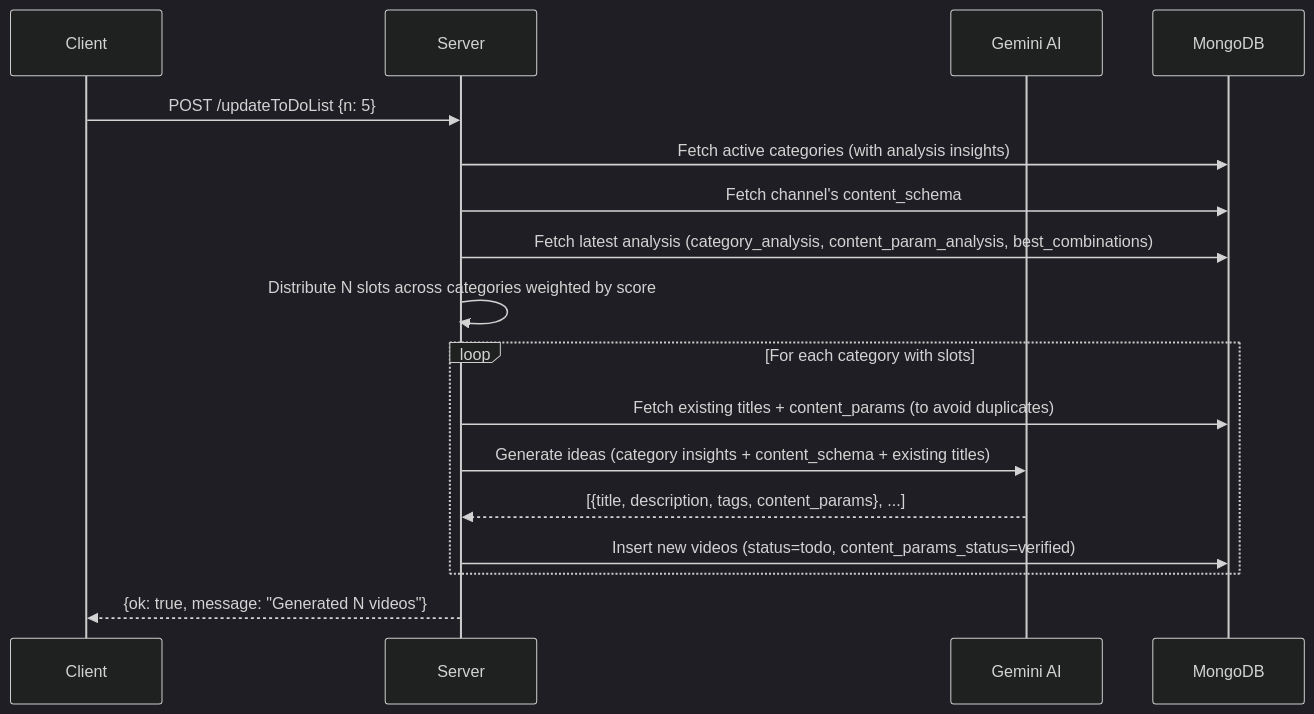
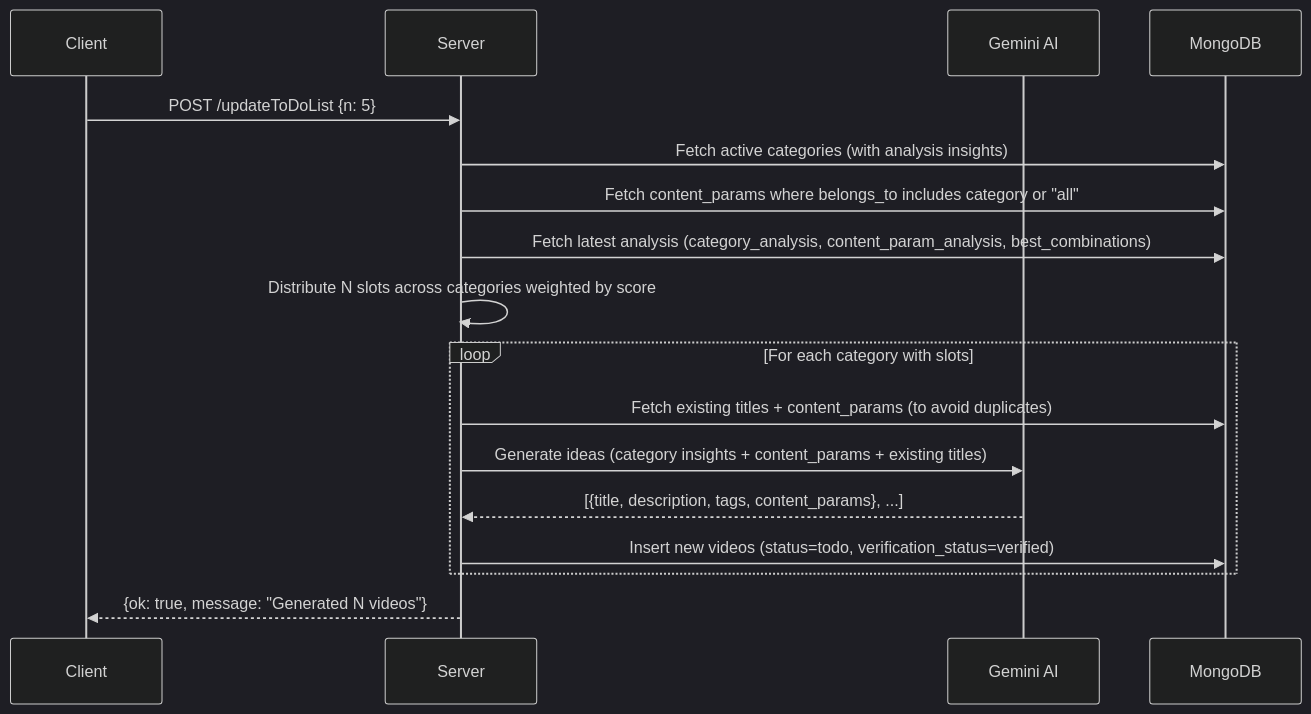
The sixth of 8 diagrams in DOCUMENTATION.md (pratham2908/server-automation), drawn with Mermaid (dark theme) before and after one commit. The commit also changed other lines of this file and 11 other files, not shown here.

````diff
--- a/DOCUMENTATION.md
+++ b/DOCUMENTATION.md
@@ -1668,24 +1748,24 @@
 ```mermaid
 sequenceDiagram
     participant C as Client
     participant S as Server
     participant G as Gemini AI
     participant DB as MongoDB
 
     C->>S: POST /updateToDoList {n: 5}
 
     S->>DB: Fetch active categories (with analysis insights)
-    S->>DB: Fetch channel's content_schema
+    S->>DB: Fetch content_params where belongs_to includes category or "all"
     S->>DB: Fetch latest analysis (category_analysis, content_param_analysis, best_combinations)
 
     S->>S: Distribute N slots across categories weighted by score
 
     loop For each category with slots
         S->>DB: Fetch existing titles + content_params (to avoid duplicates)
-        S->>G: Generate ideas (category insights + content_schema + existing titles)
+        S->>G: Generate ideas (category insights + content_params + existing titles)
         G-->>S: [{title, description, tags, content_params}, ...]
-        S->>DB: Insert new videos (status=todo, content_params_status=verified)
+        S->>DB: Insert new videos (status=todo, verification_status=verified)
     end
 
     S-->>C: {ok: true, message: "Generated N videos"}
 ```
````
